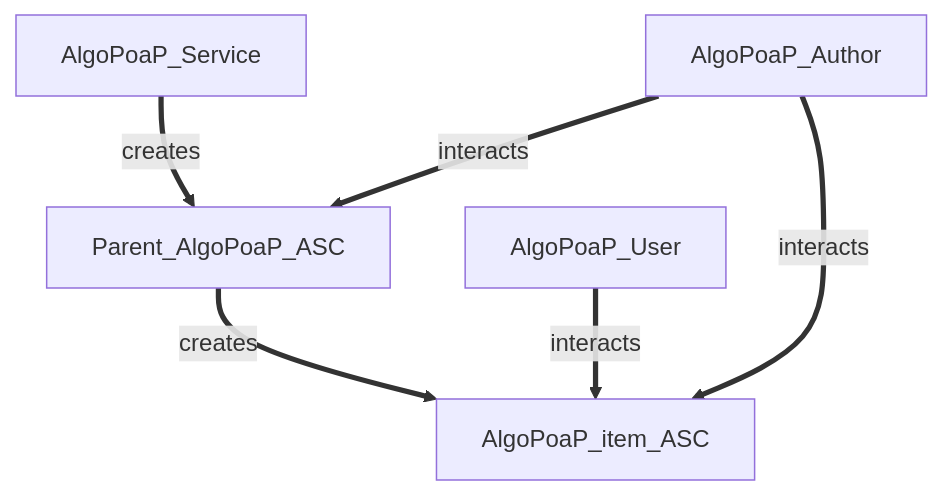
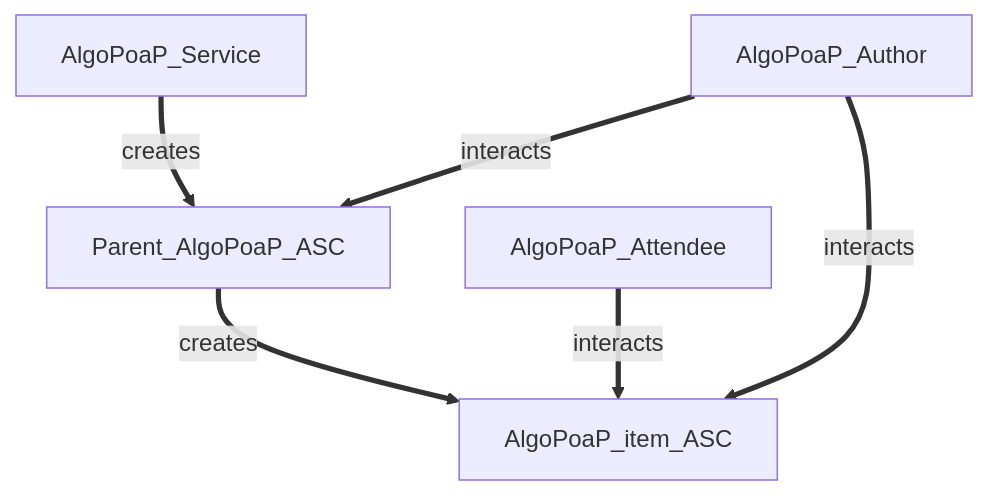
One commit to GoPlausible/.github changed the fourth of 10 diagrams in profile/README.md. Above: the diagram before and after it, drawn with Mermaid. The commit also changed other lines of this file, not shown here.

````diff
--- a/profile/README.md
+++ b/profile/README.md
@@ -164,9 +164,9 @@
 ```mermaid
   graph TD;
       AlgoPoaP_Service== creates ==>Parent_AlgoPoaP_ASC;
       Parent_AlgoPoaP_ASC== creates ==>AlgoPoaP_item_ASC;
       
-      AlgoPoaP_User== interacts ==>AlgoPoaP_item_ASC;
+      AlgoPoaP_Attendee== interacts ==>AlgoPoaP_item_ASC;
       AlgoPoaP_Author== interacts ==>Parent_AlgoPoaP_ASC;
       AlgoPoaP_Author== interacts ==>AlgoPoaP_item_ASC;
 ```
````
